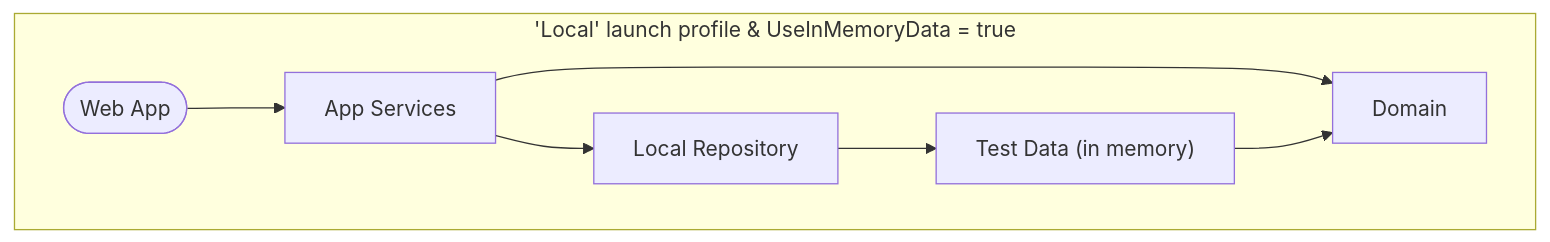
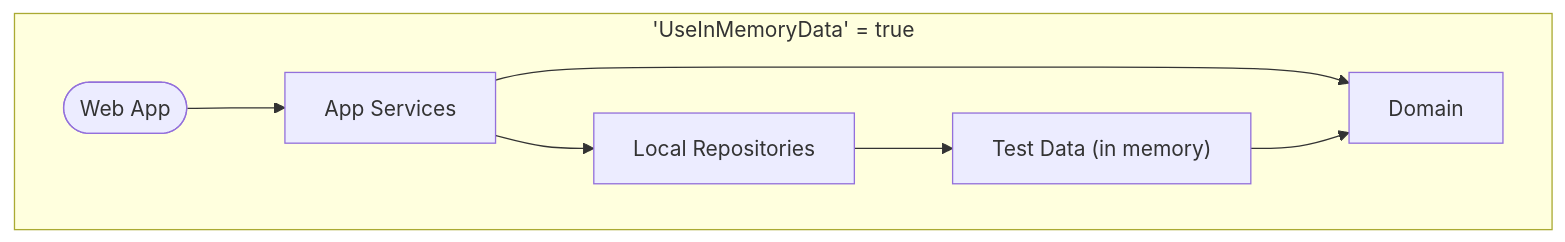
Before and after one commit to gaepdit/template-app: the first of 3 diagrams in README.md, drawn with Mermaid. The commit also changed other lines of this file and 16 other files, not shown here.

````diff
--- a/README.md
+++ b/README.md
@@ -103,17 +107,17 @@
 ```mermaid
 flowchart LR
-    subgraph SPL["'Local' launch profile & UseInMemoryData = true"]
+    subgraph SPL["'UseInMemoryData' = true"]
         direction LR
         D[Domain]
         T["Test Data (in memory)"]
-        R[Local Repository]
+        R[Local Repositories]
         A[App Services]
         W([Web App])
 
         W --> A
         A --> D
         A --> R
         R --> T
         T --> D
     end
 ```
````
